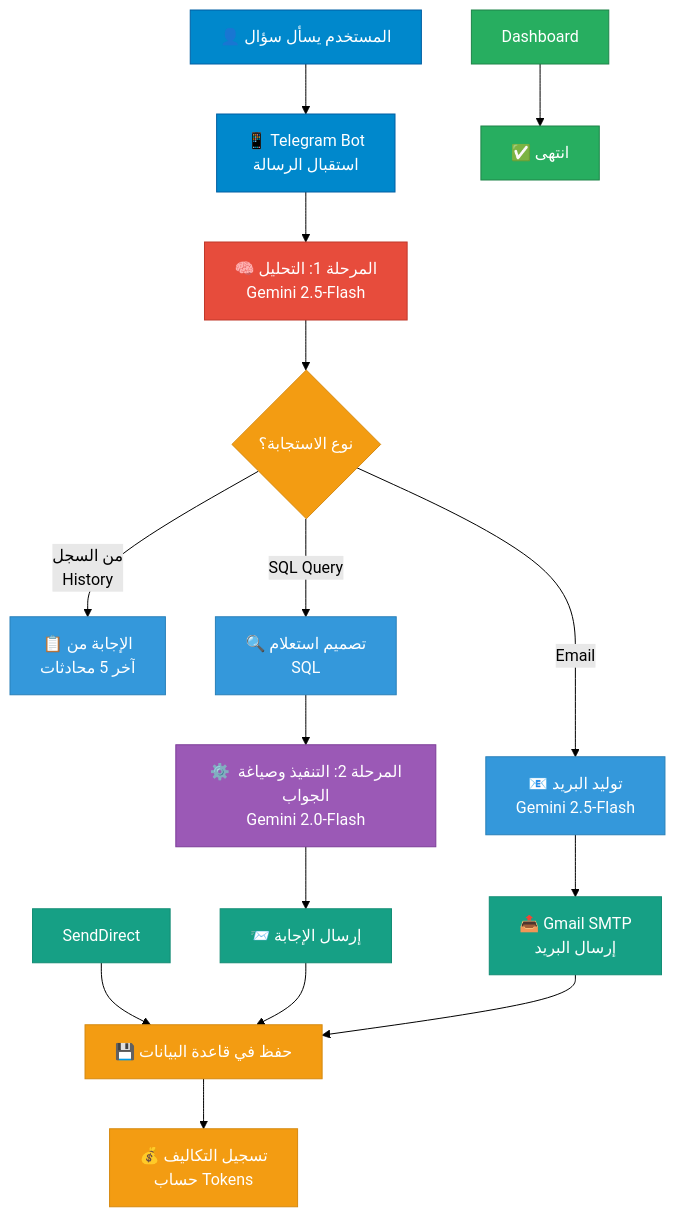
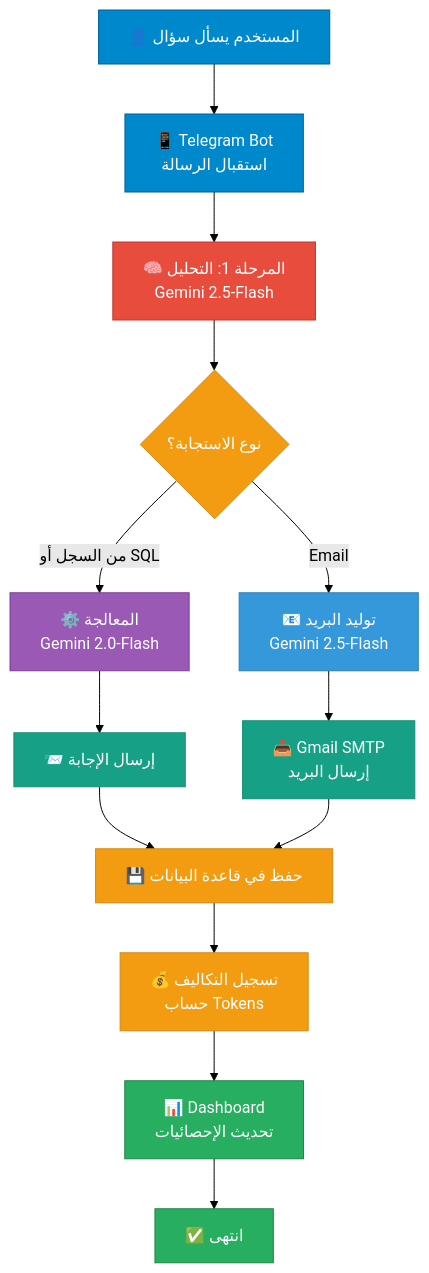
One commit to Bek0/AI-Telegram-Bot changed the first of 2 diagrams in README.md. Above: the diagram before and after it, drawn with Mermaid (forest theme).

````diff
--- a/README.md
+++ b/README.md
@@ -8,43 +8,36 @@
 ```mermaid
 graph TD
     Start["👤 المستخدم يسأل سؤال"] --> Input["📱 Telegram Bot<br/>استقبال الرسالة"]
     Input --> Stage1["🧠 المرحلة 1: التحليل<br/>Gemini 2.5-Flash"]
     
     Stage1 --> Decide{نوع الاستجابة؟}
     
-    %% Path 1: Direct Answer from History
-    Decide -->|من السجل<br/>History| DirectPath["📋 الإجابة من<br/>آخر 5 محادثات"]
-    
-    %% Path 2: SQL Query
-    Decide -->|SQL Query| SQLPath["🔍 تصميم استعلام<br/>SQL"]
-    SQLPath --> Stage2["⚙️ المرحلة 2: التنفيذ وصياغة الجواب<br/>Gemini 2.0-Flash"]
-    Stage2 --> SendSQL["📨 إرسال الإجابة"]
+    %% Path 1 & 2: Direct Answer or SQL Query
+    Decide -->|من السجل أو SQL| Processing["⚙️ المعالجة<br/>Gemini 2.0-Flash"]
+    Processing --> SendResponse["📨 إرسال الإجابة"]
     
     %% Path 3: Email Generation
     Decide -->|Email| EmailPath["📧 توليد البريد<br/>Gemini 2.5-Flash"]
     EmailPath --> SendEmail["📤 Gmail SMTP<br/>إرسال البريد"]
     
     %% Logging and Tracking
-    SendDirect --> SaveConv["💾 حفظ في قاعدة البيانات"]
-    SendSQL --> SaveConv
+    SendResponse --> SaveConv["💾 حفظ في قاعدة البيانات"]
     SendEmail --> SaveConv
     
     SaveConv --> LogCosts["💰 تسجيل التكاليف<br/>حساب Tokens"]
+    LogCosts --> Dashboard["📊 Dashboard<br/>تحديث الإحصائيات"]
     Dashboard --> End["✅ انتهى"]
     
     style Start fill:#0088cc,stroke:#005fa3,color:#fff
     style Input fill:#0088cc,stroke:#005fa3,color:#fff
     style Stage1 fill:#e74c3c,stroke:#c0392b,color:#fff
     style Decide fill:#f39c12,stroke:#d68910,color:#fff
-    style DirectPath fill:#3498db,stroke:#2980b9,color:#fff
-    style SendDirect fill:#16a085,stroke:#138d75,color:#fff
-    style SQLPath fill:#3498db,stroke:#2980b9,color:#fff
-    style Stage2 fill:#9b59b6,stroke:#7d3c98,color:#fff
-    style SendSQL fill:#16a085,stroke:#138d75,color:#fff
+    style Processing fill:#9b59b6,stroke:#7d3c98,color:#fff
+    style SendResponse fill:#16a085,stroke:#138d75,color:#fff
     style EmailPath fill:#3498db,stroke:#2980b9,color:#fff
     style SendEmail fill:#16a085,stroke:#138d75,color:#fff
     style SaveConv fill:#f39c12,stroke:#d68910,color:#fff
     style LogCosts fill:#f39c12,stroke:#d68910,color:#fff
     style Dashboard fill:#27ae60,stroke:#1e8449,color:#fff
     style End fill:#27ae60,stroke:#1e8449,color:#fff
 ```
````
